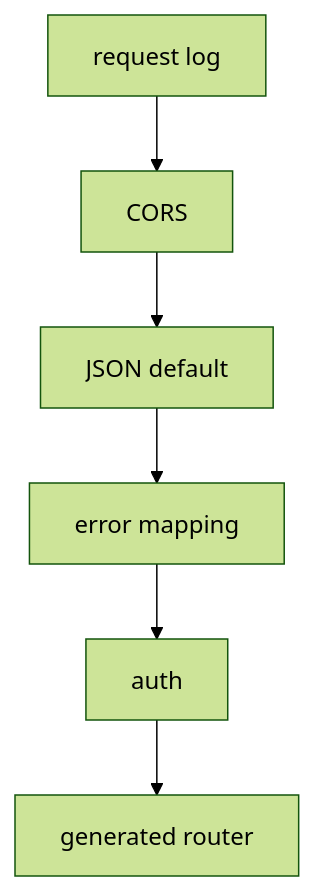
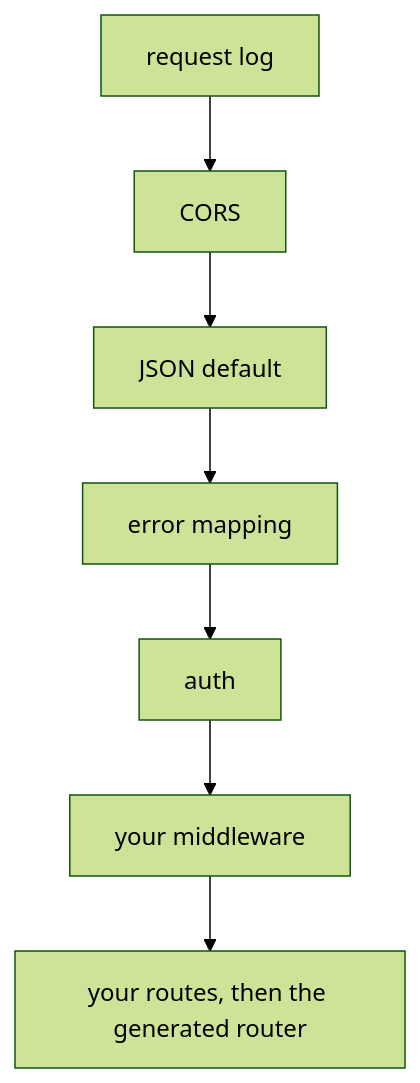
The diagram in docs/backend/middleware.md (SimonErich/beak), drawn with Mermaid (forest theme) before and after one commit. The commit also changed other lines of this file and 12 other files, not shown here.

Commit message:
docs(backend): running, databases, migrations, auth and policies, graph rules, effects, search, uploads and middleware, exercised against SQLite, Postgres and MinIO

````diff
--- a/docs/backend/middleware.md
+++ b/docs/backend/middleware.md
@@ -36,8 +34,9 @@
 ```mermaid
 flowchart TB
   A[request log] --> B[CORS]
   B --> C[JSON default]
   C --> D[error mapping]
   D --> E[auth]
-  E --> R[generated router]
+  E --> F[your middleware]
+  F --> G[your routes, then the generated router]
 ```
````
